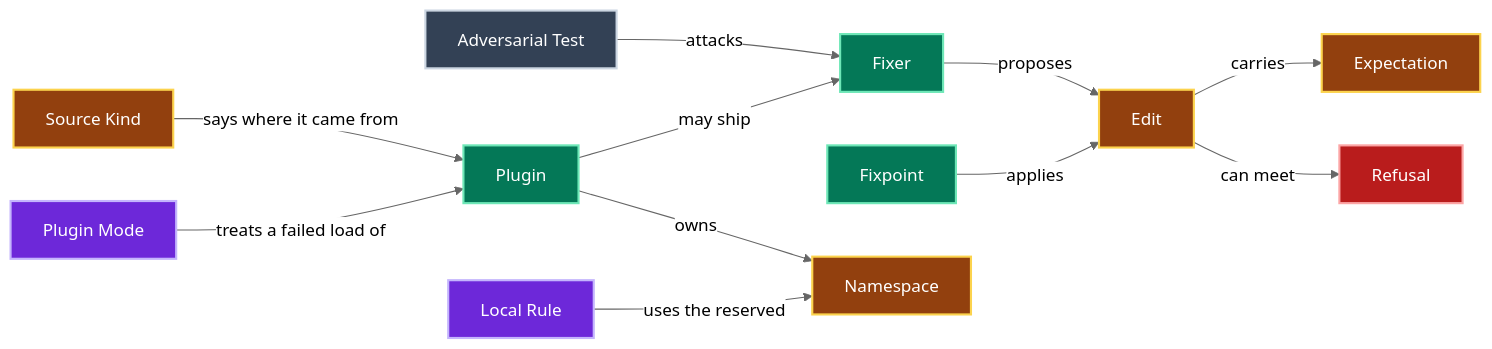
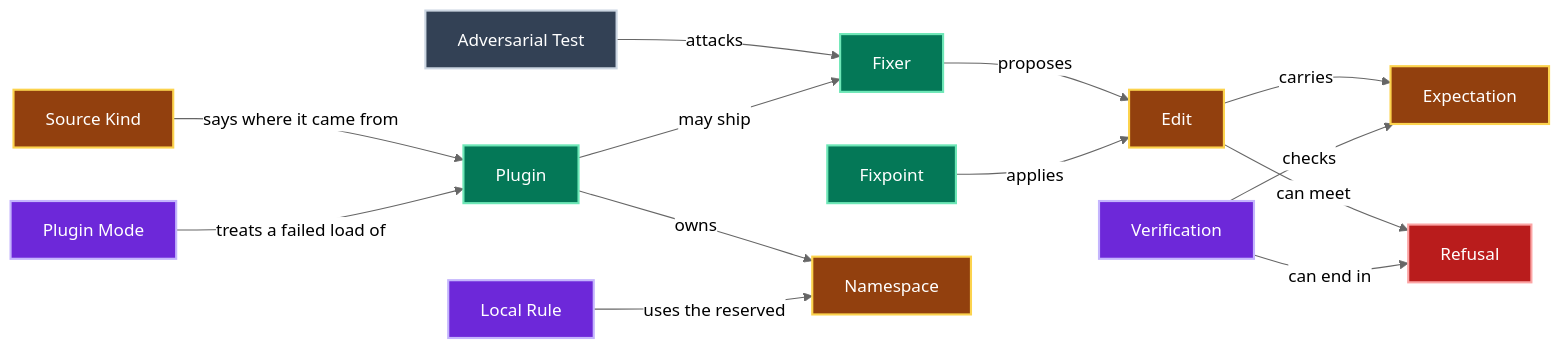
One commit to jpeakai/jpai-mermaidjs-lint changed the fourth of 5 diagrams in GLOSSARY.md. Above: the diagram before and after it, drawn with Mermaid (neutral theme). The commit also changed other lines of this file, not shown here.

````diff
--- a/GLOSSARY.md
+++ b/GLOSSARY.md
@@ -113,32 +116,35 @@
 ```mermaid
 flowchart LR
     FIX["Fixer"]:::pipeline
     EDT["Edit"]:::info
     EXP["Expectation"]:::info
     REF["Refusal"]:::forbidden
     FXP["Fixpoint"]:::pipeline
     ADT["Adversarial Test"]:::record
     PLG["Plugin"]:::pipeline
     NSP["Namespace"]:::info
     LRL["Local Rule"]:::rule
     SRC["Source Kind"]:::info
     PMD["Plugin Mode"]:::rule
+    VER["Verification"]:::rule
 
     FIX -- proposes --> EDT
     EDT -- carries --> EXP
     EDT -- can meet --> REF
     FXP -- applies --> EDT
     ADT -- attacks --> FIX
     PLG -- may ship --> FIX
     PLG -- owns --> NSP
     LRL -- uses the reserved --> NSP
     SRC -- says where it came from --> PLG
     PMD -- treats a failed load of --> PLG
+    VER -- checks --> EXP
+    VER -- can end in --> REF
 
     classDef people    fill:#1e40af,stroke:#93c5fd,color:#fff,stroke-width:2px
     classDef info      fill:#92400e,stroke:#fcd34d,color:#fff,stroke-width:2px
     classDef rule      fill:#6d28d9,stroke:#c4b5fd,color:#fff,stroke-width:2px
     classDef forbidden fill:#b91c1c,stroke:#fca5a5,color:#fff,stroke-width:2px
     classDef pipeline  fill:#047857,stroke:#6ee7b7,color:#fff,stroke-width:2px
     classDef record    fill:#334155,stroke:#cbd5e1,color:#fff,stroke-width:2px
 ```
````
